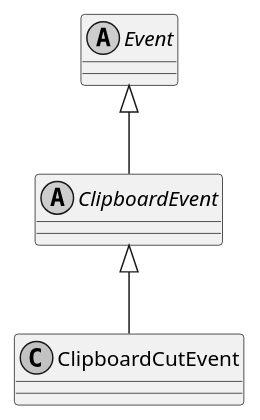
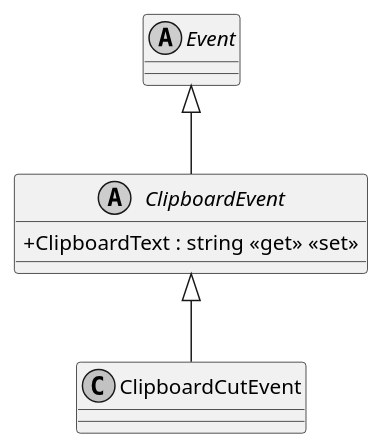
The diagram in documents/sd/plantuml/application/Modules/Clipboard/Events/ClipboardCutEvent.puml (insightmind/MORR), drawn with PlantUML before and after one commit. The commit also changed 16 other files, not shown here.

```diff
--- a/documents/sd/plantuml/application/Modules/Clipboard/Events/ClipboardCutEvent.puml
+++ b/documents/sd/plantuml/application/Modules/Clipboard/Events/ClipboardCutEvent.puml
@@ -1,10 +1,12 @@
 @startuml
 skinparam monochrome true
 skinparam ClassAttributeIconSize 0
 class ClipboardCutEvent {
 }
-abstract class ClipboardEvent
+abstract class ClipboardEvent {
+    + ClipboardText : string <<get>> <<set>>
+}
 abstract class Event
 ClipboardEvent <|-- ClipboardCutEvent
 Event <|-- ClipboardEvent
 @enduml
```
